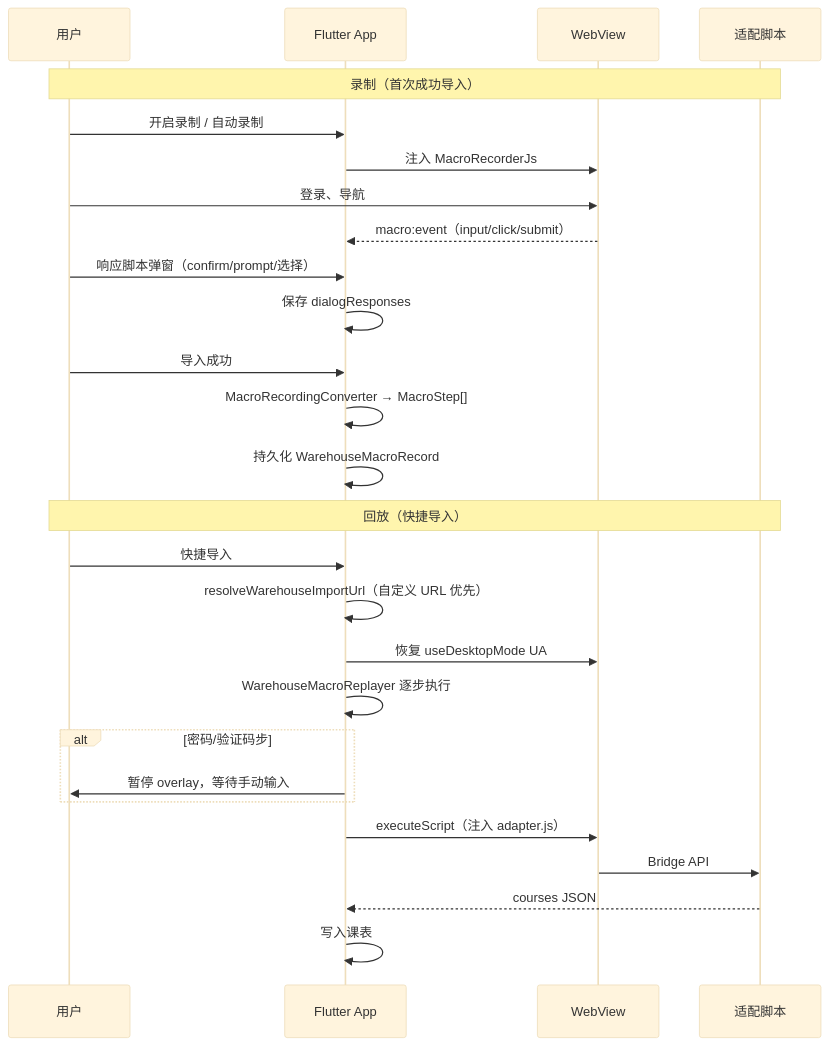
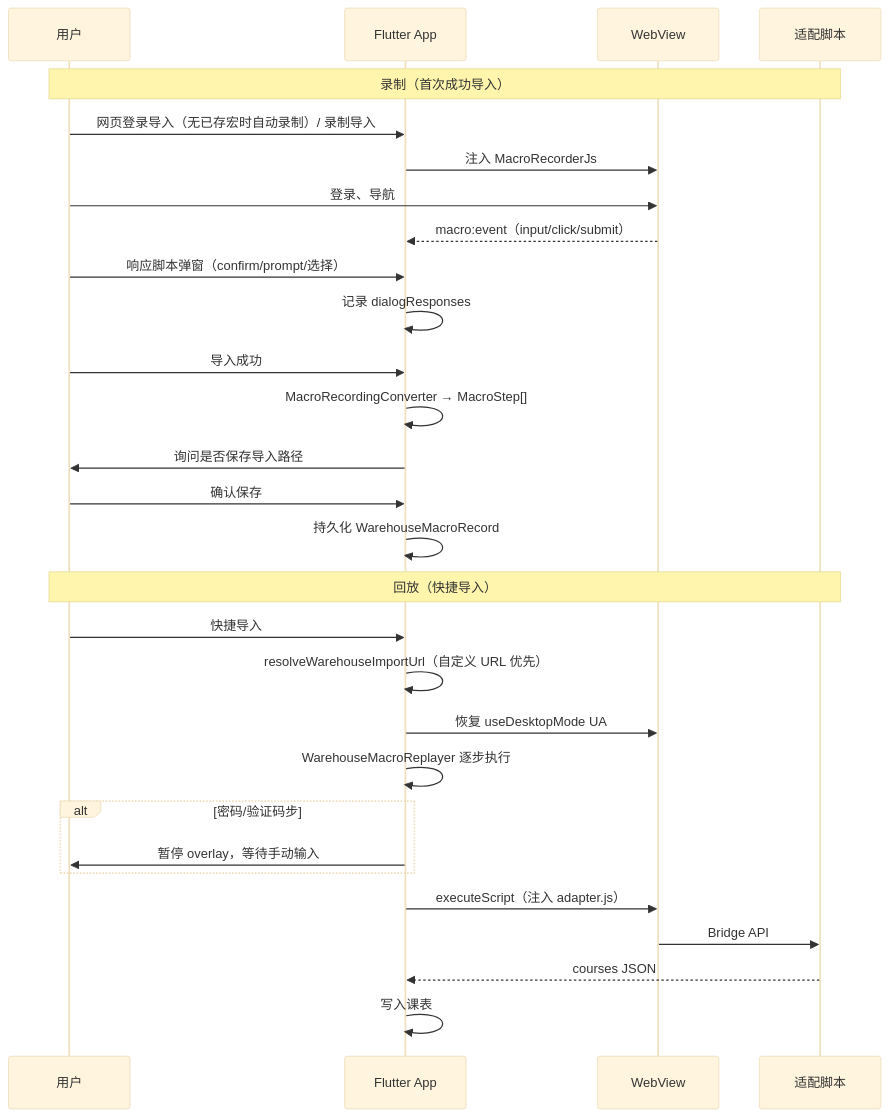
Before and after one commit to Mutx163/mikcb: the diagram in docs/plans/warehouse-quick-import-design.md, drawn with Mermaid (base theme). The commit also changed 16 other files, not shown here.

````diff
--- a/docs/plans/warehouse-quick-import-design.md
+++ b/docs/plans/warehouse-quick-import-design.md
@@ -56,31 +56,33 @@
 ```mermaid
 sequenceDiagram
   participant U as 用户
   participant App as Flutter App
   participant WV as WebView
   participant JS as 适配脚本
 
   Note over U,JS: 录制（首次成功导入）
-  U->>App: 开启录制 / 自动录制
+  U->>App: 网页登录导入（无已存宏时自动录制）/ 录制导入
   App->>WV: 注入 MacroRecorderJs
   U->>WV: 登录、导航
   WV-->>App: macro:event（input/click/submit）
   U->>App: 响应脚本弹窗（confirm/prompt/选择）
-  App->>App: 保存 dialogResponses
+  App->>App: 记录 dialogResponses
   U->>App: 导入成功
   App->>App: MacroRecordingConverter → MacroStep[]
+  App->>U: 询问是否保存导入路径
+  U->>App: 确认保存
   App->>App: 持久化 WarehouseMacroRecord
 
   Note over U,JS: 回放（快捷导入）
   U->>App: 快捷导入
   App->>App: resolveWarehouseImportUrl（自定义 URL 优先）
   App->>WV: 恢复 useDesktopMode UA
   App->>App: WarehouseMacroReplayer 逐步执行
   alt 密码/验证码步
     App->>U: 暂停 overlay，等待手动输入
   end
   App->>WV: executeScript（注入 adapter.js）
   WV->>JS: Bridge API
   JS-->>App: courses JSON
   App->>App: 写入课表
 ```
````
